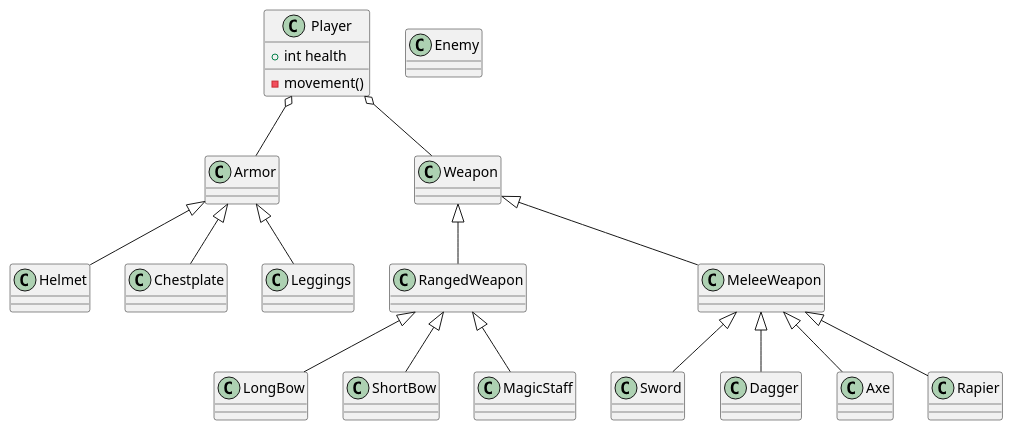
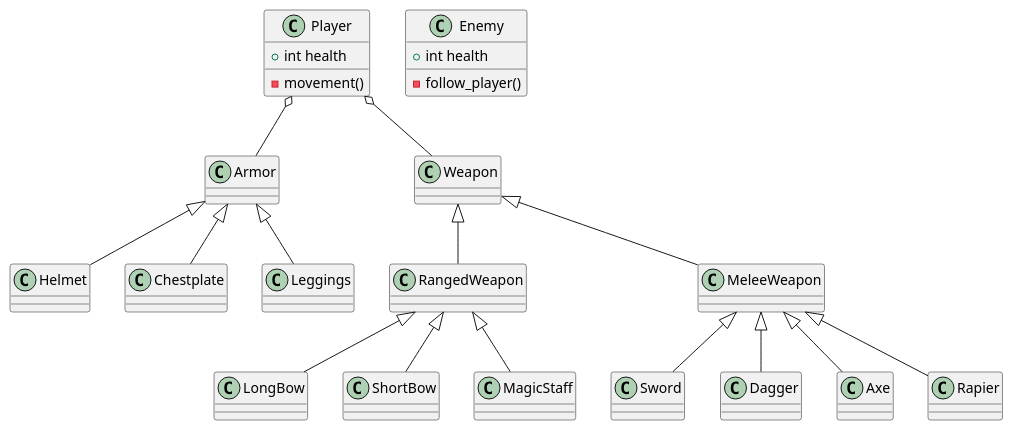
The diagram in Ideer.puml (MihneaSpinu/Projektopgave), drawn with PlantUML before and after one commit. The commit also changed 2 other files, not shown here.

```diff
--- a/Ideer.puml
+++ b/Ideer.puml
@@ -1,94 +1,95 @@
 @startuml Car
 
 class Player {
     + int health
     - movement()
 }
 
 'Weapon classes
 
 class Weapon {
     
 }
 
 class MeleeWeapon {
     
 }
 
 class RangedWeapon {
     
 }
 
 class  Sword {
     
 }
 
 class LongBow {
     
 }
 
 class ShortBow {
     
 }
 
 class Dagger {
     
 }
 
 class Axe {
     
 }
 
 class Rapier {
     
 }
 
 class MagicStaff {
     
 }
 
 Player o-- Weapon
 
 RangedWeapon -up-|> Weapon
 MeleeWeapon -up-|> Weapon
 
 Sword -up-|> MeleeWeapon
 Axe -up-|> MeleeWeapon
 Dagger -up-|> MeleeWeapon
 Rapier -up-|> MeleeWeapon
 
 LongBow -up-|> RangedWeapon
 ShortBow -up-|> RangedWeapon
 MagicStaff -up-|> RangedWeapon
 
 'Armor classes
 
 Class Armor {
     
 }
 
 class Helmet {
     
 }
 
 class Chestplate {
     
 }
 
 class Leggings {
     
 }
 
 Helmet -up-|> Armor 
 Chestplate -up-|> Armor
 Leggings -up-|> Armor
 
 Player o-- Armor
 
 ' Enemy classes
 
 class Enemy {
-    
++ int health
+- follow_player()
 }
 
 @enduml
```
